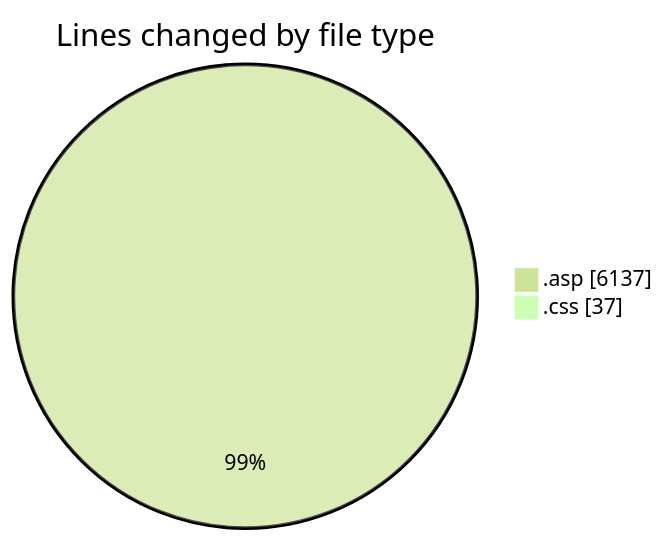
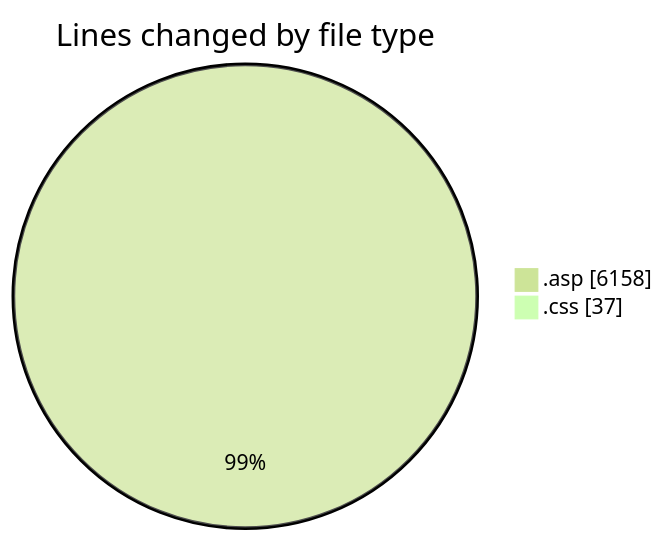
Before and after one commit to julien-gomy/code-tracking: the first of 2 diagrams in 2025-11-02/cdp_aleoudev_fr__workspace_/README.md, drawn with Mermaid (forest theme). The commit also changed other lines of this file and 1 other file, not shown here.

````diff
--- a/2025-11-02/cdp_aleoudev_fr__workspace_/README.md
+++ b/2025-11-02/cdp_aleoudev_fr__workspace_/README.md
@@ -25,6 +25,6 @@
 ```mermaid
 pie showData
 title Lines changed by file type
-".asp" : 6137
+".asp" : 6158
 ".css" : 37
 ```
````
